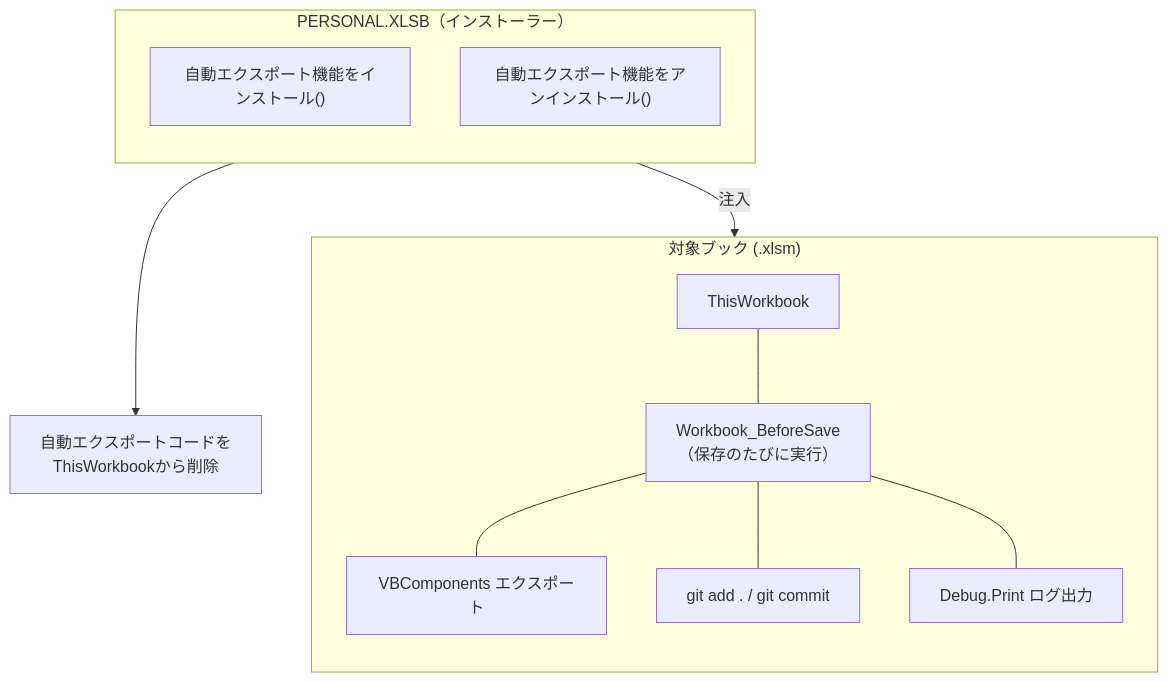
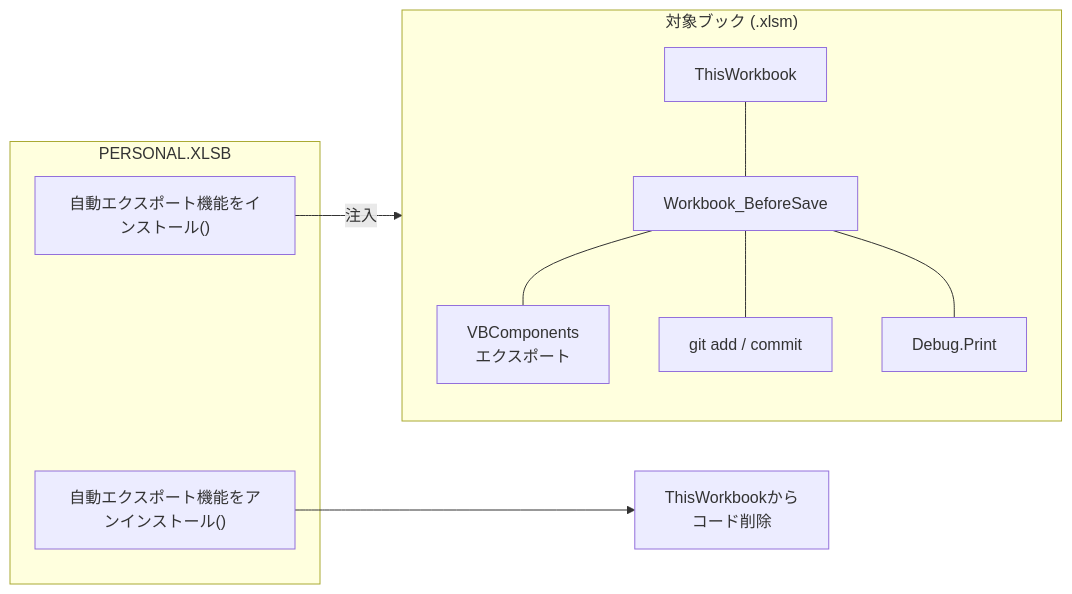
One commit to aki0178/business-system-design-portfolio changed the diagram in 04_vba_git_automation.md. Above: the diagram before and after it, drawn with Mermaid.

````diff
--- a/04_vba_git_automation.md
+++ b/04_vba_git_automation.md
@@ -43,26 +43,25 @@
 ```mermaid
-flowchart TD
-    subgraph P["PERSONAL.XLSB（インストーラー）"]
-        direction TB
+flowchart LR
+    subgraph P["PERSONAL.XLSB"]
         P2["自動エクスポート機能をインストール()"]
         P3["自動エクスポート機能をアンインストール()"]
     end
 
     subgraph T["対象ブック (.xlsm)"]
         direction TB
         T1["ThisWorkbook"]
-        T2["Workbook_BeforeSave<br/>（保存のたびに実行）"]
-        T3["VBComponents エクスポート"]
-        T4["git add . / git commit"]
-        T5["Debug.Print ログ出力"]
+        T2["Workbook_BeforeSave"]
+        T3["VBComponents<br/>エクスポート"]
+        T4["git add / commit"]
+        T5["Debug.Print"]
         T1 --- T2
         T2 --- T3
         T2 --- T4
         T2 --- T5
     end
 
-    D["自動エクスポートコードを<br/>ThisWorkbookから削除"]
+    D["ThisWorkbookから<br/>コード削除"]
 
-    P2 -->|"注入"| T1
+    P2 -->|注入| T1
     P3 --> D
 ```
````
